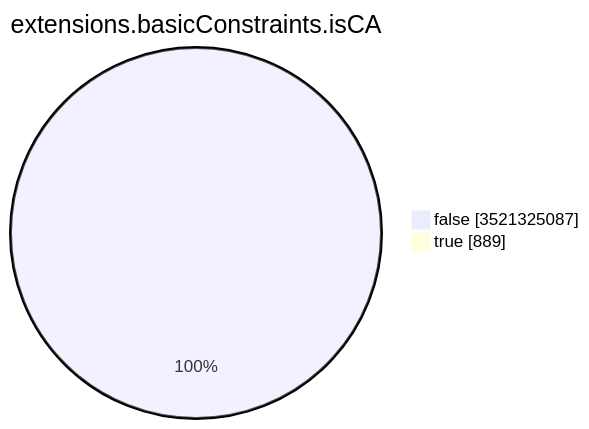
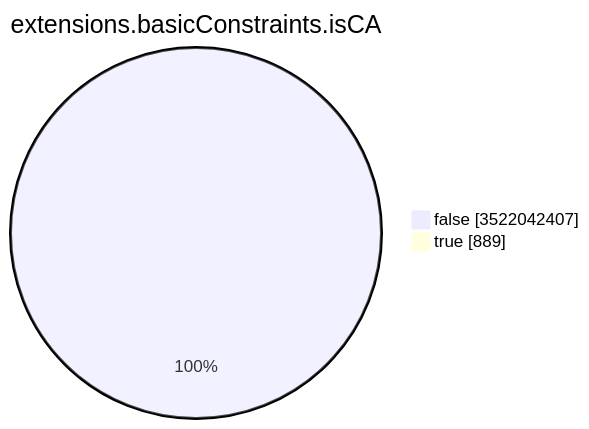
One commit to christiankrug/ctmonitor_visualization changed the seventh of 15 diagrams in TOTAL/README.md. Above: the diagram before and after it, drawn with Mermaid. The commit also changed other lines of this file, not shown here.

````diff
--- a/TOTAL/README.md
+++ b/TOTAL/README.md
@@ -3094,6 +3094,6 @@
 ```mermaid
 pie showData
 title extensions.basicConstraints.isCA
-"false" :3521325087
+"false" :3522042407
 "true" :889
 ```
````
